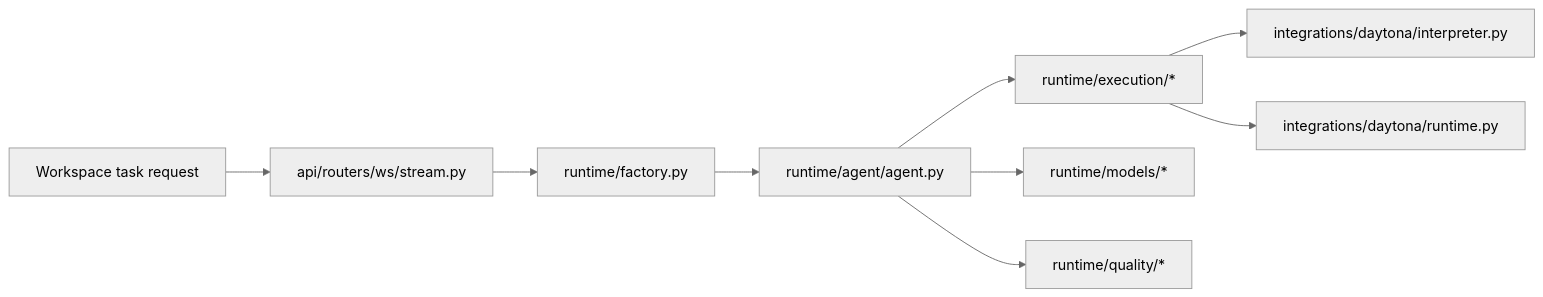
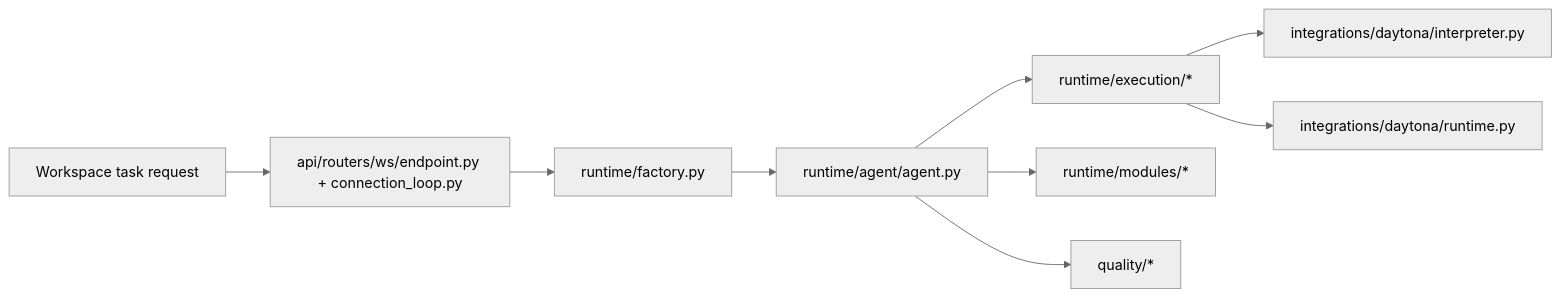
The second of 3 diagrams in docs/reference/module-map.md (Qredence/fleet-rlm), drawn with Mermaid (neutral theme) before and after one commit. The commit also changed other lines of this file and 24 other files, not shown here.

````diff
--- a/docs/reference/module-map.md
+++ b/docs/reference/module-map.md
@@ -32,11 +32,11 @@
 ```mermaid
 graph LR
-    REQUEST["Workspace task request"] --> STREAM["api/routers/ws/stream.py"]
-    STREAM --> AGENT["runtime/factory.py"]
-    AGENT --> CHAT["runtime/agent/agent.py"]
+    REQUEST["Workspace task request"] --> WS["api/routers/ws/endpoint.py + connection_loop.py"]
+    WS --> RUNTIME_FACTORY["runtime/factory.py"]
+    RUNTIME_FACTORY --> CHAT["runtime/agent/agent.py"]
     CHAT --> EXEC["runtime/execution/*"]
     EXEC --> DAYTONA_INTERPRETER["integrations/daytona/interpreter.py"]
     EXEC --> DAYTONA_RUNTIME["integrations/daytona/runtime.py"]
-    CHAT --> MODELS["runtime/models/*"]
-    CHAT --> QUALITY["runtime/quality/*"]
+    CHAT --> MODULES["runtime/modules/*"]
+    CHAT --> QUALITY["quality/*"]
 ```
````
